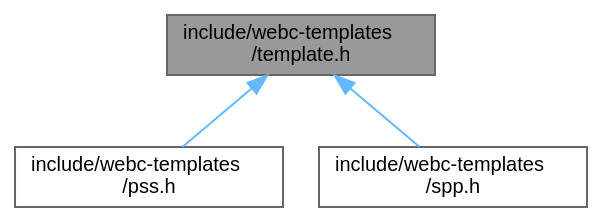
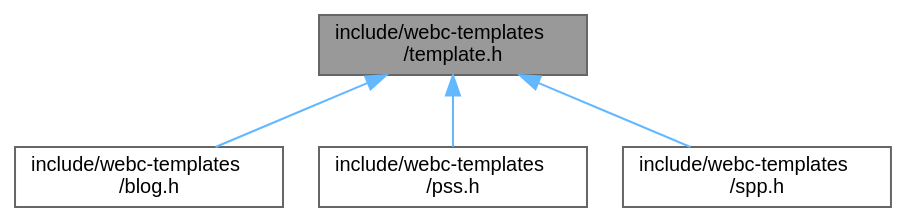
Before and after one commit to KDesp73/webc-docs: the diagram in docs/template_8h__dep__incl.dot, drawn with Graphviz. The commit also changed 90 other files, not shown here.

```diff
--- a/docs/template_8h__dep__incl.dot
+++ b/docs/template_8h__dep__incl.dot
@@ -1,12 +1,14 @@
 digraph "include/webc-templates/template.h"
 {
  // LATEX_PDF_SIZE
   bgcolor="transparent";
   edge [fontname=Helvetica,fontsize=10,labelfontname=Helvetica,labelfontsize=10];
   node [fontname=Helvetica,fontsize=10,shape=box,height=0.2,width=0.4];
   Node1 [id="Node000001",label="include/webc-templates\l/template.h",height=0.2,width=0.4,color="gray40", fillcolor="grey60", style="filled", fontcolor="black",tooltip=" "];
   Node1 -> Node2 [id="edge1_Node000001_Node000002",dir="back",color="steelblue1",style="solid",tooltip=" "];
-  Node2 [id="Node000002",label="include/webc-templates\l/pss.h",height=0.2,width=0.4,color="grey40", fillcolor="white", style="filled",URL="$pss_8h.html",tooltip=" "];
+  Node2 [id="Node000002",label="include/webc-templates\l/blog.h",height=0.2,width=0.4,color="grey40", fillcolor="white", style="filled",URL="$blog_8h.html",tooltip=" "];
   Node1 -> Node3 [id="edge2_Node000001_Node000003",dir="back",color="steelblue1",style="solid",tooltip=" "];
-  Node3 [id="Node000003",label="include/webc-templates\l/spp.h",height=0.2,width=0.4,color="grey40", fillcolor="white", style="filled",URL="$spp_8h.html",tooltip=" "];
+  Node3 [id="Node000003",label="include/webc-templates\l/pss.h",height=0.2,width=0.4,color="grey40", fillcolor="white", style="filled",URL="$pss_8h.html",tooltip=" "];
+  Node1 -> Node4 [id="edge3_Node000001_Node000004",dir="back",color="steelblue1",style="solid",tooltip=" "];
+  Node4 [id="Node000004",label="include/webc-templates\l/spp.h",height=0.2,width=0.4,color="grey40", fillcolor="white", style="filled",URL="$spp_8h.html",tooltip=" "];
 }
```
